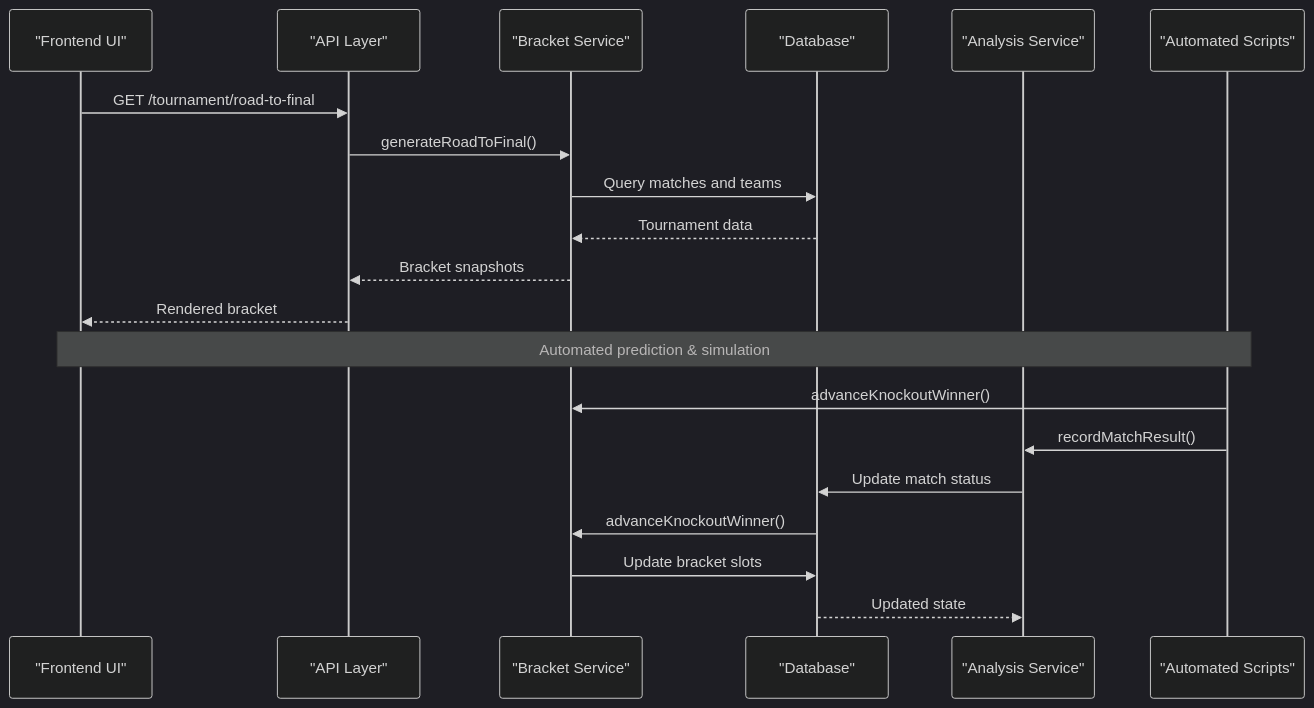
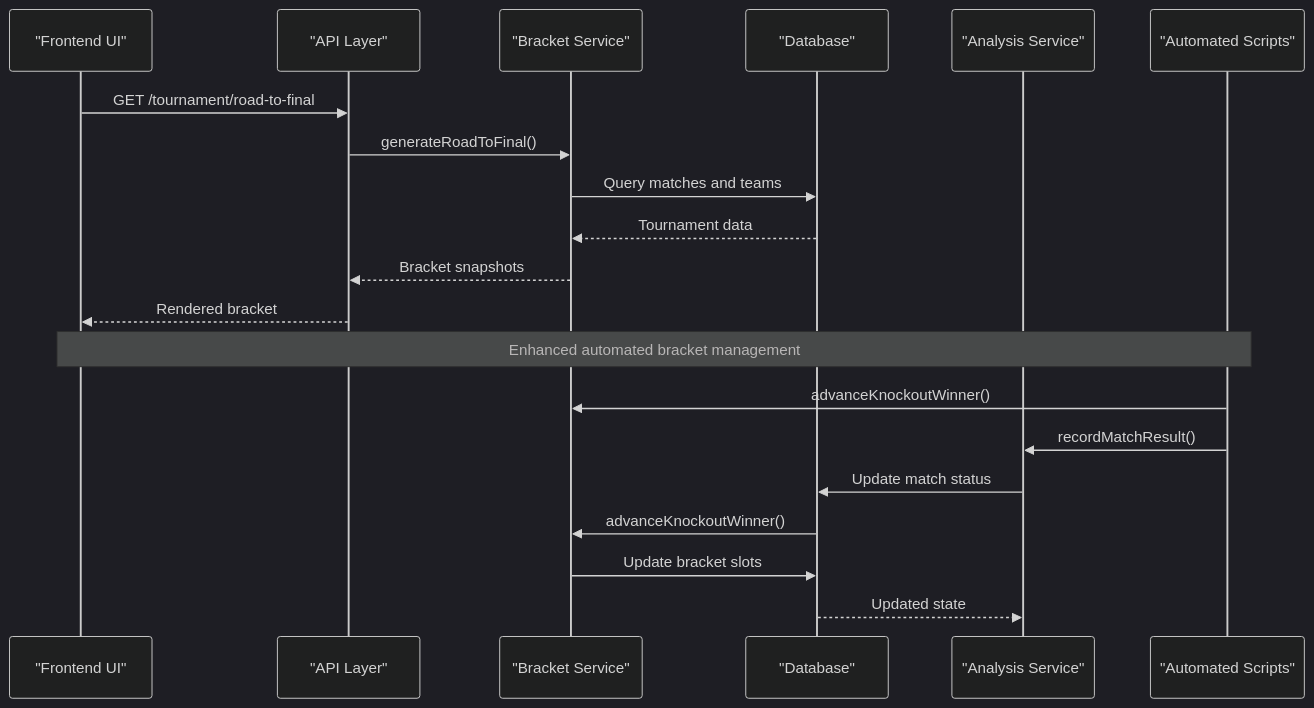
One commit to cheesiong/WC26-qwen changed the second of 10 diagrams in .qoder/repowiki/en/content/Tournament Management/Bracket Service.md. Above: the diagram before and after it, drawn with Mermaid (dark theme). The commit also changed other lines of this file and 4 other files, not shown here.

````diff
--- a/.qoder/repowiki/en/content/Tournament Management/Bracket Service.md
+++ b/.qoder/repowiki/en/content/Tournament Management/Bracket Service.md
@@ -165,22 +184,22 @@
 ```mermaid
 sequenceDiagram
 participant Frontend as "Frontend UI"
 participant API as "API Layer"
 participant Bracket as "Bracket Service"
 participant DB as "Database"
 participant Analysis as "Analysis Service"
 participant Scripts as "Automated Scripts"
 Frontend->>API : GET /tournament/road-to-final
 API->>Bracket : generateRoadToFinal()
 Bracket->>DB : Query matches and teams
 DB-->>Bracket : Tournament data
 Bracket-->>API : Bracket snapshots
 API-->>Frontend : Rendered bracket
-Note over Frontend,Scripts : Automated prediction & simulation
+Note over Frontend,Scripts : Enhanced automated bracket management
 Scripts->>Bracket : advanceKnockoutWinner()
 Scripts->>Analysis : recordMatchResult()
 Analysis->>DB : Update match status
 DB->>Bracket : advanceKnockoutWinner()
 Bracket->>DB : Update bracket slots
 DB-->>Analysis : Updated state
 ```
````
